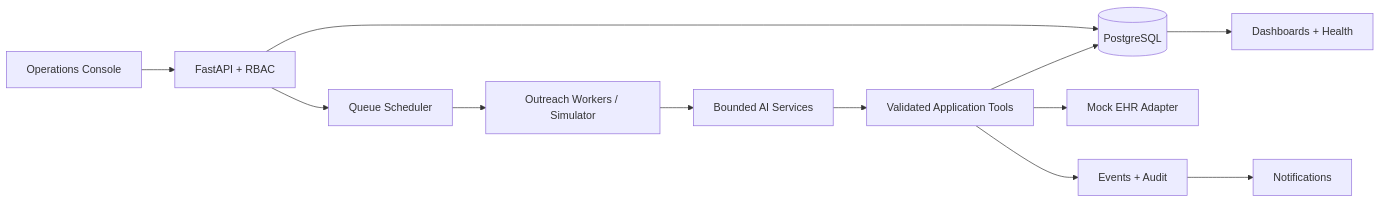
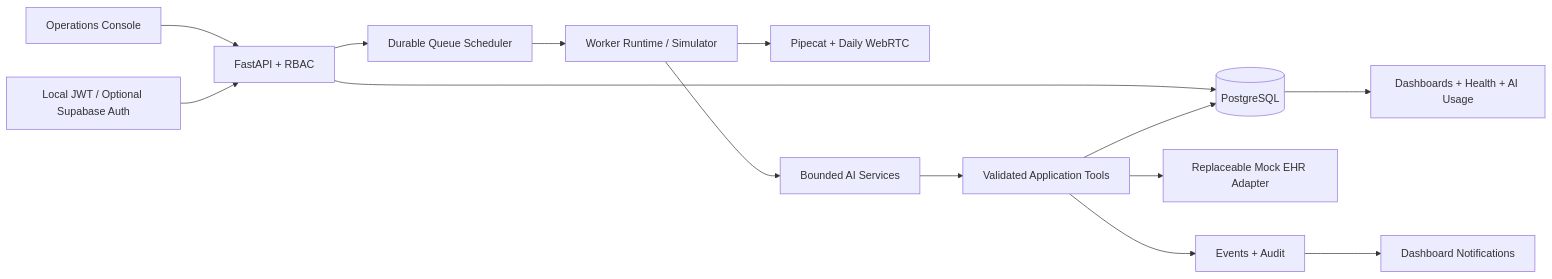
Before and after one commit to pateti-hub/multi-hospital-outreach-platform: the diagram in docs/ARCHITECTURE.md, drawn with Mermaid. The commit also changed other lines of this file and 19 other files, not shown here.

````diff
--- a/docs/ARCHITECTURE.md
+++ b/docs/ARCHITECTURE.md
@@ -6,14 +6,16 @@
 ```mermaid
 flowchart LR
   UI[Operations Console] --> API[FastAPI + RBAC]
+  IDP[Local JWT / Optional Supabase Auth] --> API
   API --> DB[(PostgreSQL)]
-  API --> Q[Queue Scheduler]
-  Q --> W[Outreach Workers / Simulator]
+  API --> Q[Durable Queue Scheduler]
+  Q --> W[Worker Runtime / Simulator]
+  W --> V[Pipecat + Daily WebRTC]
   W --> AI[Bounded AI Services]
   AI --> T[Validated Application Tools]
-  T --> EHR[Mock EHR Adapter]
+  T --> EHR[Replaceable Mock EHR Adapter]
   T --> DB
   T --> EV[Events + Audit]
-  EV --> N[Notifications]
-  DB --> OBS[Dashboards + Health]
+  EV --> N[Dashboard Notifications]
+  DB --> OBS[Dashboards + Health + AI Usage]
 ```
````
